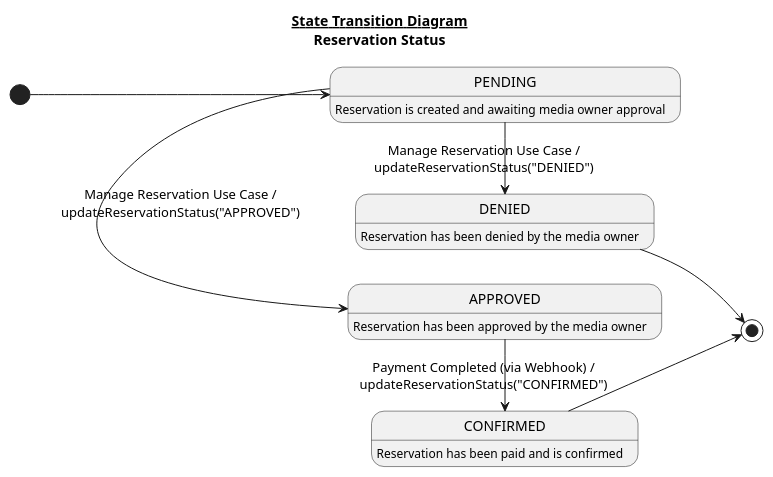
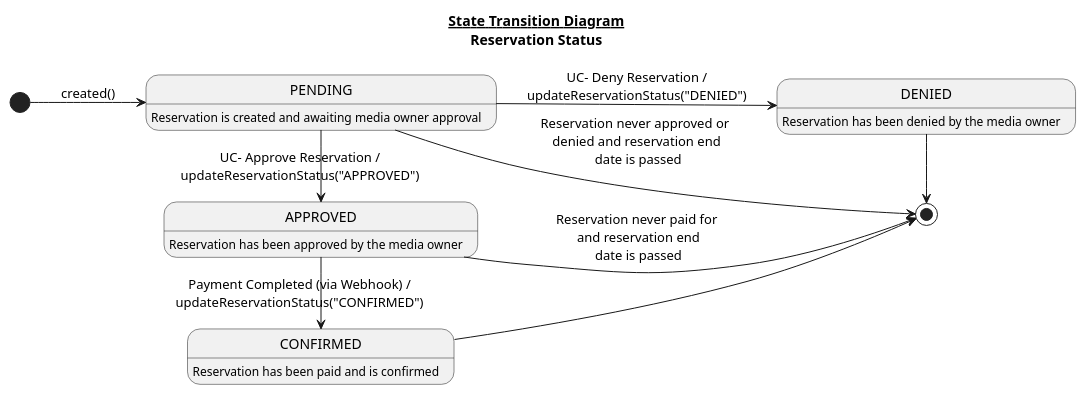
One commit to anvsult/envision-ad changed the diagram in docs/diagrams/state transition diagrams/reservation-status-STD.puml. Above: the diagram before and after it, drawn with PlantUML. The commit also changed 6 other files, not shown here.

```diff
--- a/docs/diagrams/state transition diagrams/reservation-status-STD.puml
+++ b/docs/diagrams/state transition diagrams/reservation-status-STD.puml
@@ -1,18 +1,20 @@
 @startuml
 title <u>State Transition Diagram</u>\nReservation Status
 left to right direction
 
-[*] --> PENDING
+[*] --> PENDING : created()
 PENDING : Reservation is created and awaiting media owner approval
 APPROVED : Reservation has been approved by the media owner
 DENIED : Reservation has been denied by the media owner
 CONFIRMED : Reservation has been paid and is confirmed
 
-PENDING -> APPROVED : Manage Reservation Use Case /\nupdateReservationStatus("APPROVED")
+PENDING -> APPROVED : UC- Approve Reservation /\nupdateReservationStatus("APPROVED")
+PENDING --> DENIED : UC- Deny Reservation /\nupdateReservationStatus("DENIED")
 APPROVED -> CONFIRMED : Payment Completed (via Webhook) /\nupdateReservationStatus("CONFIRMED")
-PENDING -> DENIED : Manage Reservation Use Case /\nupdateReservationStatus("DENIED")
 
+PENDING --> [*] : Reservation never approved or \ndenied and reservation end\n date is passed
+APPROVED --> [*] : Reservation never paid for\n and reservation end\n date is passed
+DENIED -> [*]
 CONFIRMED --> [*]
-DENIED --> [*]
 
 @enduml
```
